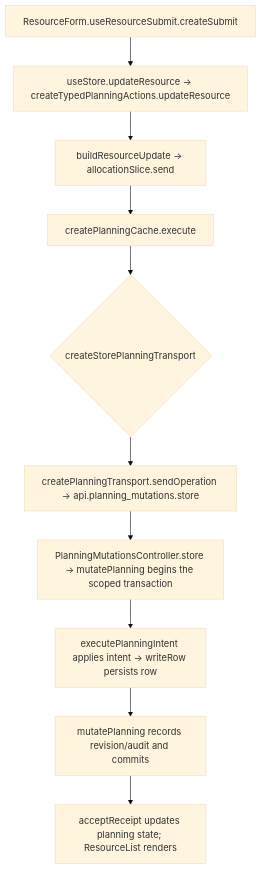
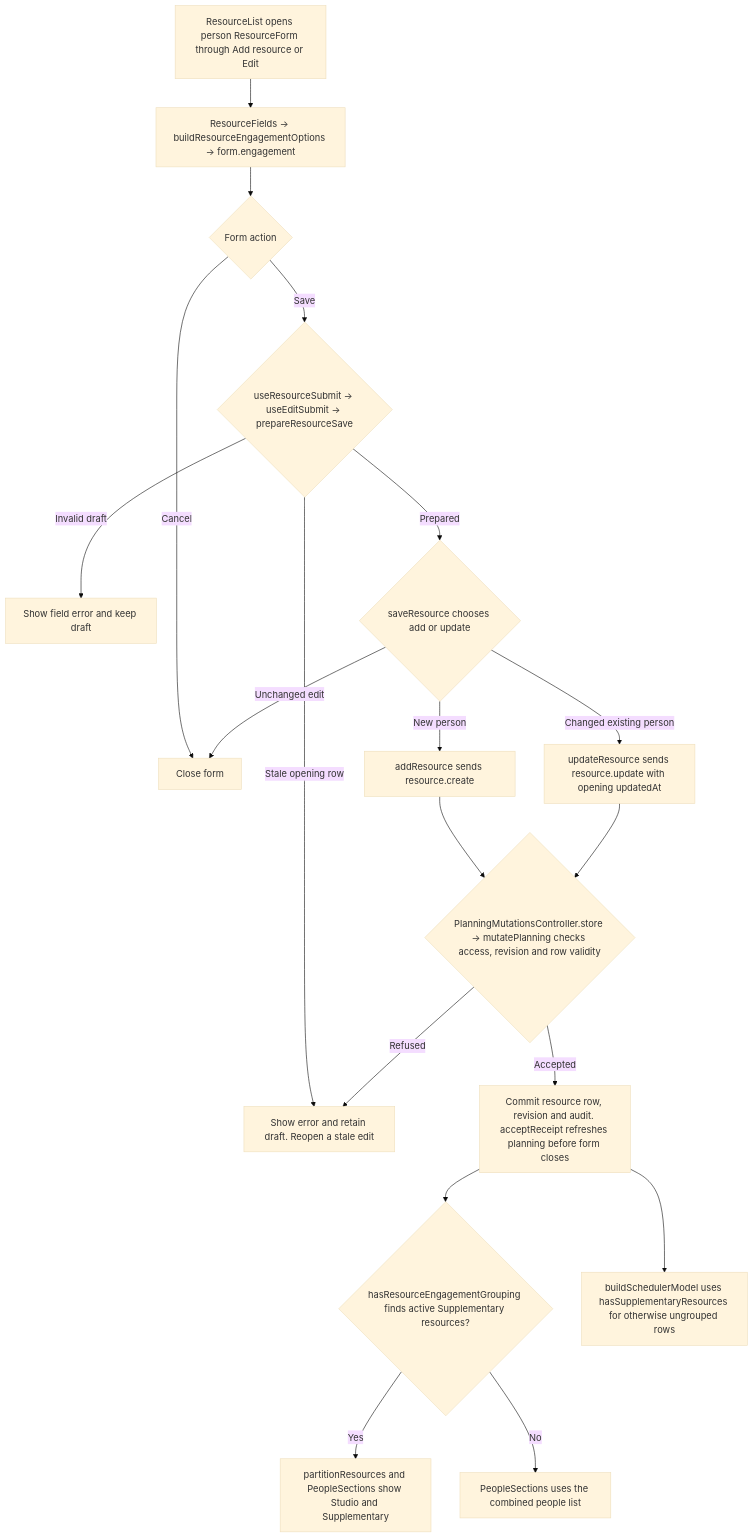
The second of 2 diagrams in user-stories/resources/US-RES-07-engagement.md (Kevinjohn/capacitylens), drawn with Mermaid (base theme) before and after one commit. The commit also changed other lines of this file and 172 other files, not shown here.

Commit message:
docs: reconcile user story code flows with source

````diff
--- a/user-stories/resources/US-RES-07-engagement.md
+++ b/user-stories/resources/US-RES-07-engagement.md
@@ -29,8 +29,21 @@
 ```mermaid
 flowchart TD
-  A["ResourceForm.useResourceSubmit.createSubmit"] --> B["useStore.updateResource → createTypedPlanningActions.updateResource"]
-  B --> C["buildResourceUpdate → allocationSlice.send"]
-  C --> D["createPlanningCache.execute"] --> E{"createStorePlanningTransport"}
-  E --> F["createPlanningTransport.sendOperation → api.planning_mutations.store"] --> G["PlanningMutationsController.store → mutatePlanning begins the scoped transaction"]
-  G --> H["executePlanningIntent applies intent → writeRow persists row"] --> K["mutatePlanning records revision/audit and commits"] --> J["acceptReceipt updates planning state; ResourceList renders"]
+  OPEN["ResourceList opens person ResourceForm through Add resource or Edit"] --> DRAFT["ResourceFields → buildResourceEngagementOptions → form.engagement"]
+  DRAFT --> ACTION{"Form action"}
+  ACTION -->|Cancel| CLOSE["Close form"]
+  ACTION -->|Save| LOCAL{"useResourceSubmit → useEditSubmit → prepareResourceSave"}
+  LOCAL -->|Invalid draft| DRAFTERR["Show field error and keep draft"]
+  LOCAL -->|Stale opening row| ERROR["Show error and retain draft. Reopen a stale edit"]
+  LOCAL -->|Prepared| PAYLOAD{"saveResource chooses add or update"}
+  PAYLOAD -->|New person| CREATE["addResource sends resource.create"]
+  PAYLOAD -->|Changed existing person| UPDATE["updateResource sends resource.update with opening updatedAt"]
+  PAYLOAD -->|Unchanged edit| CLOSE
+  CREATE --> SERVER{"PlanningMutationsController.store → mutatePlanning checks access, revision and row validity"}
+  UPDATE --> SERVER
+  SERVER -->|Refused| ERROR
+  SERVER -->|Accepted| COMMIT["Commit resource row, revision and audit. acceptReceipt refreshes planning before form closes"]
+  COMMIT --> SPLIT{"hasResourceEngagementGrouping finds active Supplementary resources?"}
+  SPLIT -->|Yes| SECTIONS["partitionResources and PeopleSections show Studio and Supplementary"]
+  SPLIT -->|No| SINGLE["PeopleSections uses the combined people list"]
+  COMMIT --> SCHEDULE["buildSchedulerModel uses hasSupplementaryResources for otherwise ungrouped rows"]
 ```
````
